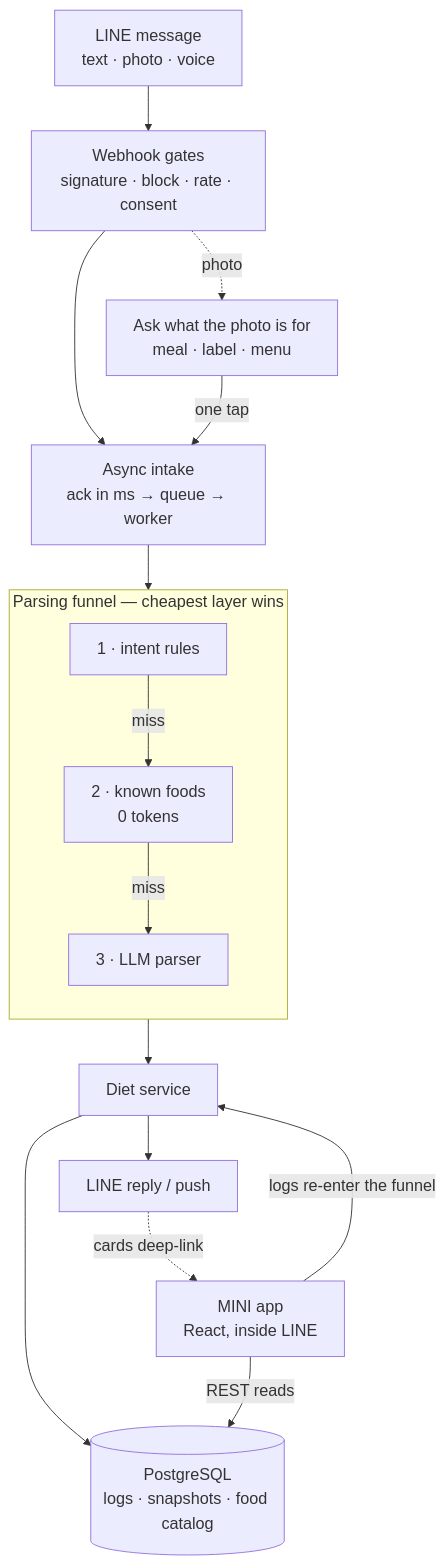
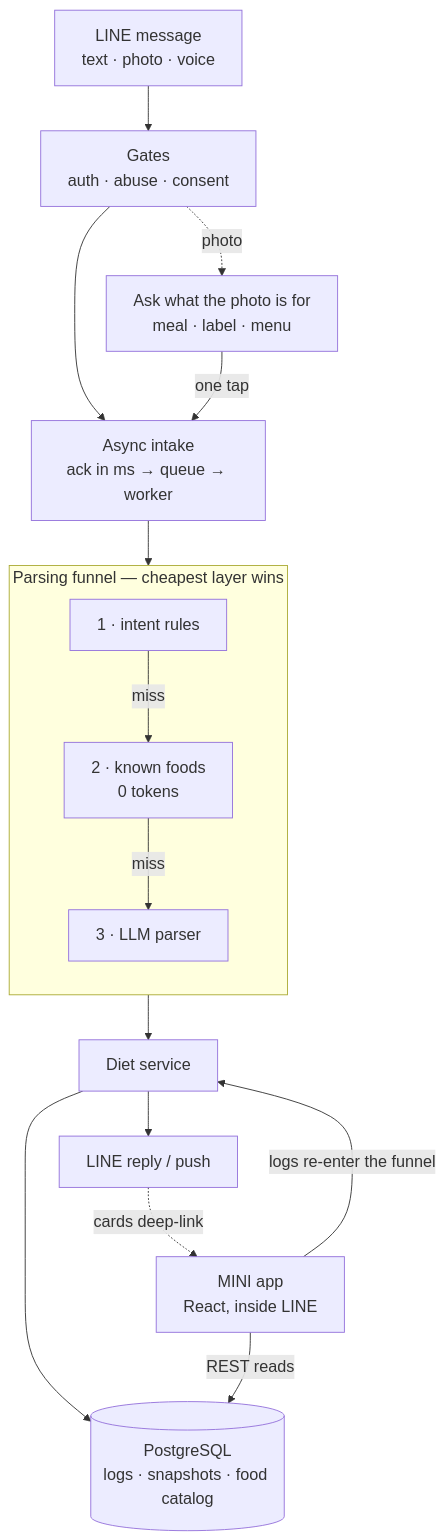
The diagram in README.md (jeffery12697/fitneko-case-study), drawn with Mermaid before and after one commit. The commit also changed other lines of this file and 1 other file, not shown here.

Commit message:
README: uniform See-it strip, tighter What-it-does, simpler diagram caption

````diff
--- a/README.md
+++ b/README.md
@@ -61,21 +55,21 @@
 ```mermaid
 %%{init: {"themeVariables": {"fontSize": "18px"}}}%%
 flowchart TD
-    LINE[LINE message<br/>text · photo · voice] --> GATE[Webhook gates<br/>signature · block · rate · consent]
+    LINE[LINE message<br/>text · photo · voice] --> GATE[Gates<br/>auth · abuse · consent]
     GATE --> IN[Async intake<br/>ack in ms → queue → worker]
     GATE -. photo .-> ASK["Ask what the photo is for<br/>meal · label · menu"]
     ASK -- "one tap" --> IN
     IN --> RP
 
     subgraph FUNNEL [Parsing funnel — cheapest layer wins]
         direction TB
         RP["1 · intent rules"] -- miss --> KF["2 · known foods<br/>0 tokens"] -- miss --> LLM["3 · LLM parser"]
     end
 
     FUNNEL --> SVC[Diet service]
     SVC --> PG[(PostgreSQL<br/>logs · snapshots · food catalog)]
     SVC --> REPLY[LINE reply / push]
     REPLY -. cards deep-link .-> LIFF[MINI app<br/>React, inside LINE]
     LIFF -- REST reads --> PG
     LIFF -- "logs re-enter the funnel" --> SVC
 ```
````
